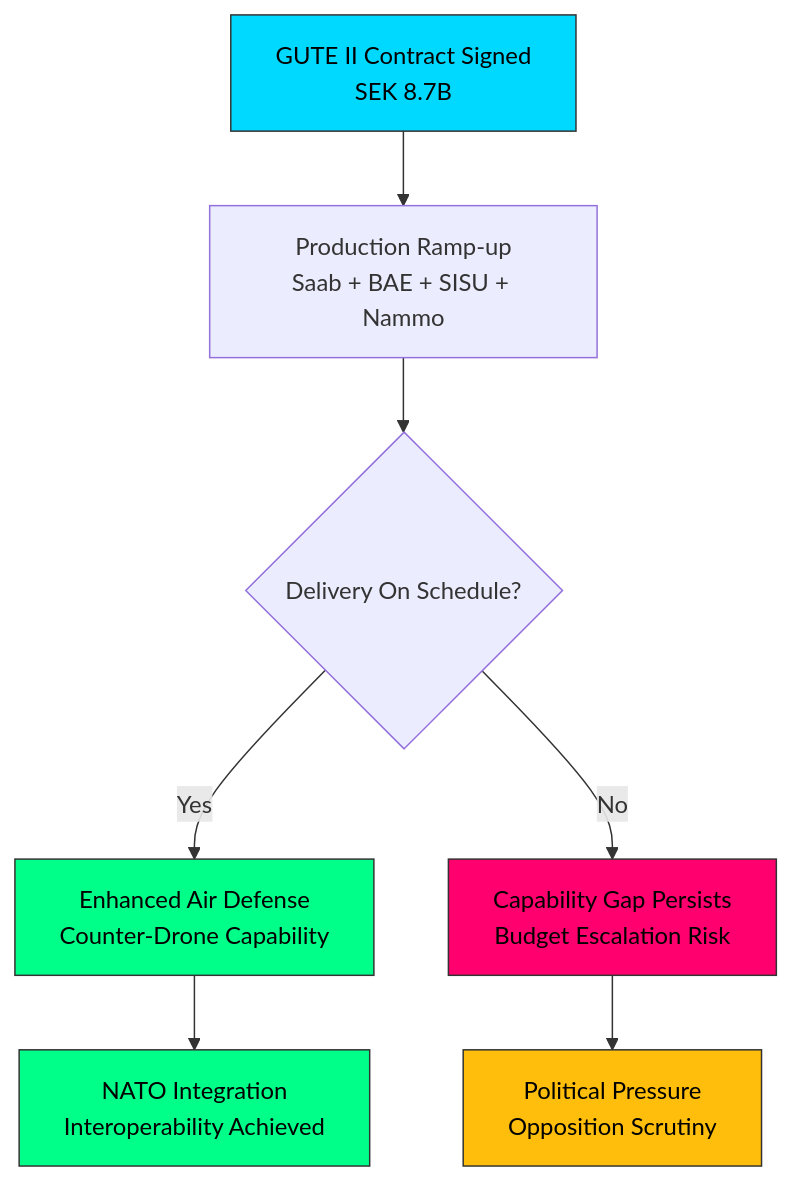
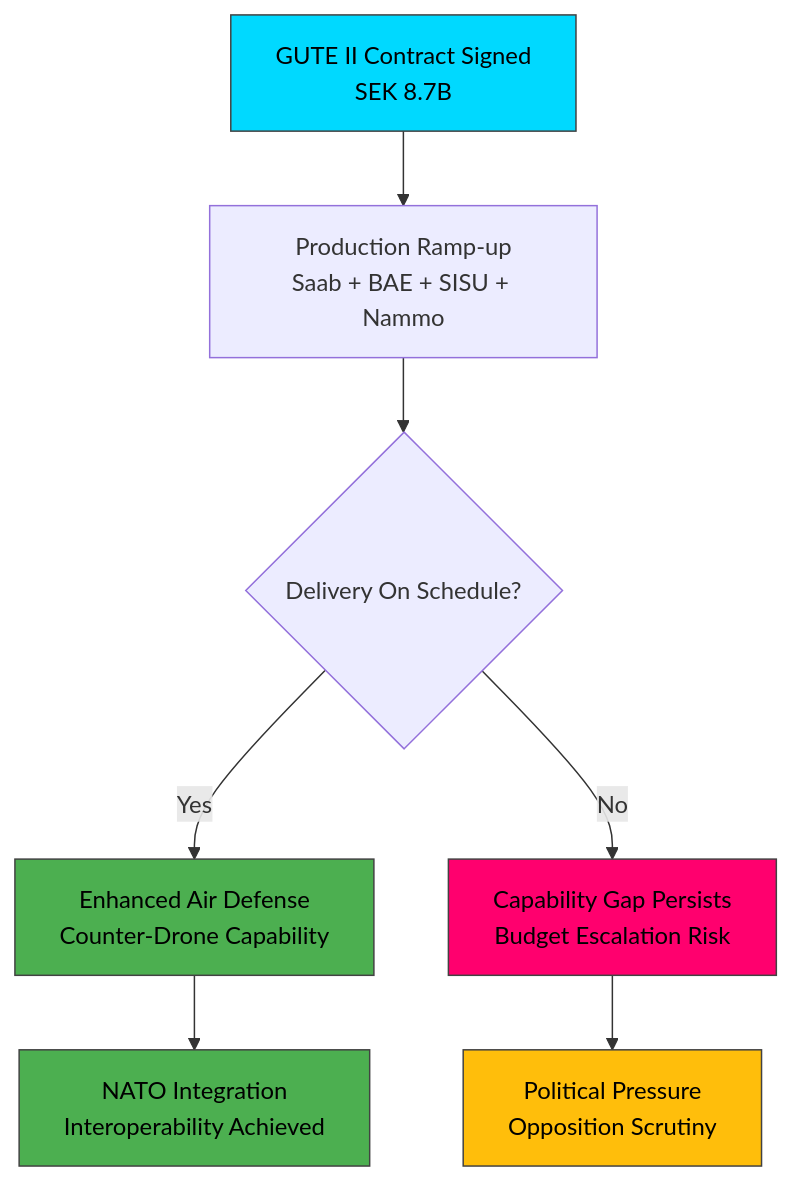
One commit to Hack23/riksdagsmonitor changed the second of 2 diagrams in analysis/daily/2026-04-03/realtime-2200/documents/GUTE-II-defense-contract-analysis.md. Above: the diagram before and after it, drawn with Mermaid. The commit also changed 785 other files, not shown here.

First line of the commit message:
Normalize mermaid colors across 786 analysis artifacts to ISMS Style Guide palette

````diff
--- a/analysis/daily/2026-04-03/realtime-2200/documents/GUTE-II-defense-contract-analysis.md
+++ b/analysis/daily/2026-04-03/realtime-2200/documents/GUTE-II-defense-contract-analysis.md
@@ -88,15 +88,15 @@
 ```mermaid
 flowchart TD
     A["GUTE II Contract Signed<br/>SEK 8.7B"] --> B["Production Ramp-up<br/>Saab + BAE + SISU + Nammo"]
     B --> C{"Delivery On Schedule?"}
     C -->|Yes| D["Enhanced Air Defense<br/>Counter-Drone Capability"]
     C -->|No| E["Capability Gap Persists<br/>Budget Escalation Risk"]
     D --> F["NATO Integration<br/>Interoperability Achieved"]
     E --> G["Political Pressure<br/>Opposition Scrutiny"]
     
-    style A fill:#00d9ff,stroke:#333,color:#000
-    style D fill:#00ff88,stroke:#333,color:#000
-    style E fill:#ff006e,stroke:#333,color:#000
-    style F fill:#00ff88,stroke:#333,color:#000
-    style G fill:#ffbe0b,stroke:#333,color:#000
+    style A fill:#00d9ff,stroke:#424242,color:#000000
+    style D fill:#4CAF50,stroke:#424242,color:#000000
+    style E fill:#ff006e,stroke:#424242,color:#000000
+    style F fill:#4CAF50,stroke:#424242,color:#000000
+    style G fill:#ffbe0b,stroke:#424242,color:#000000
 ```
````
